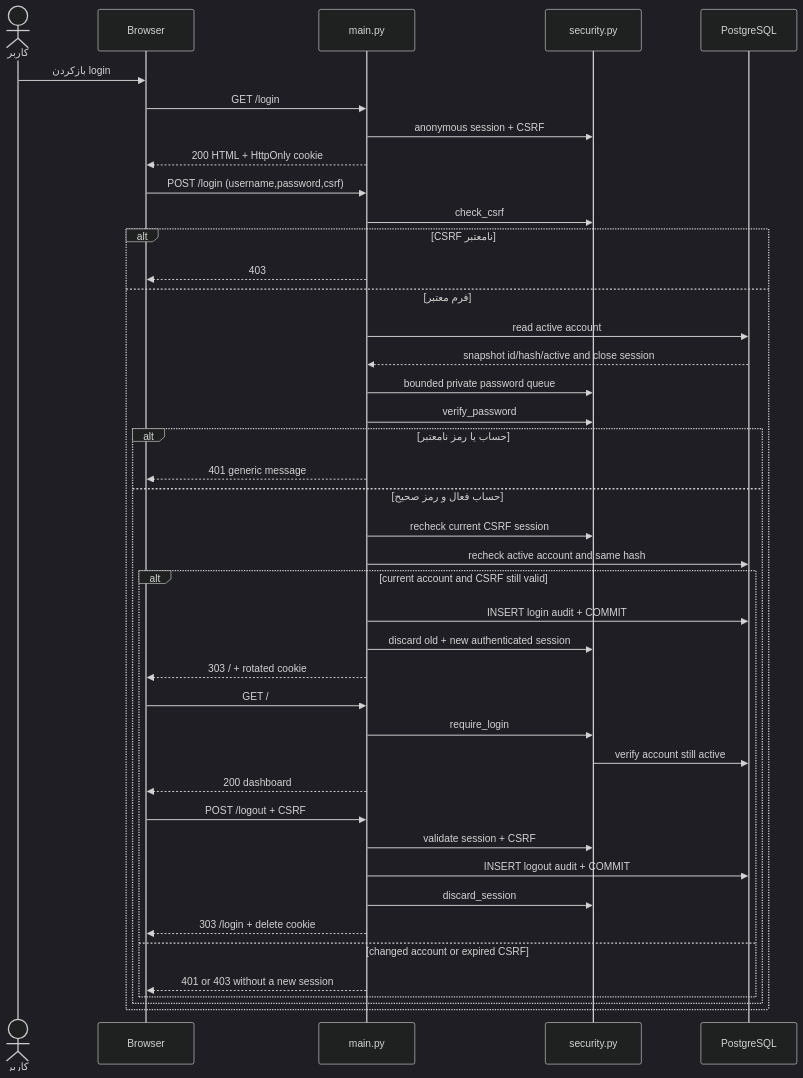
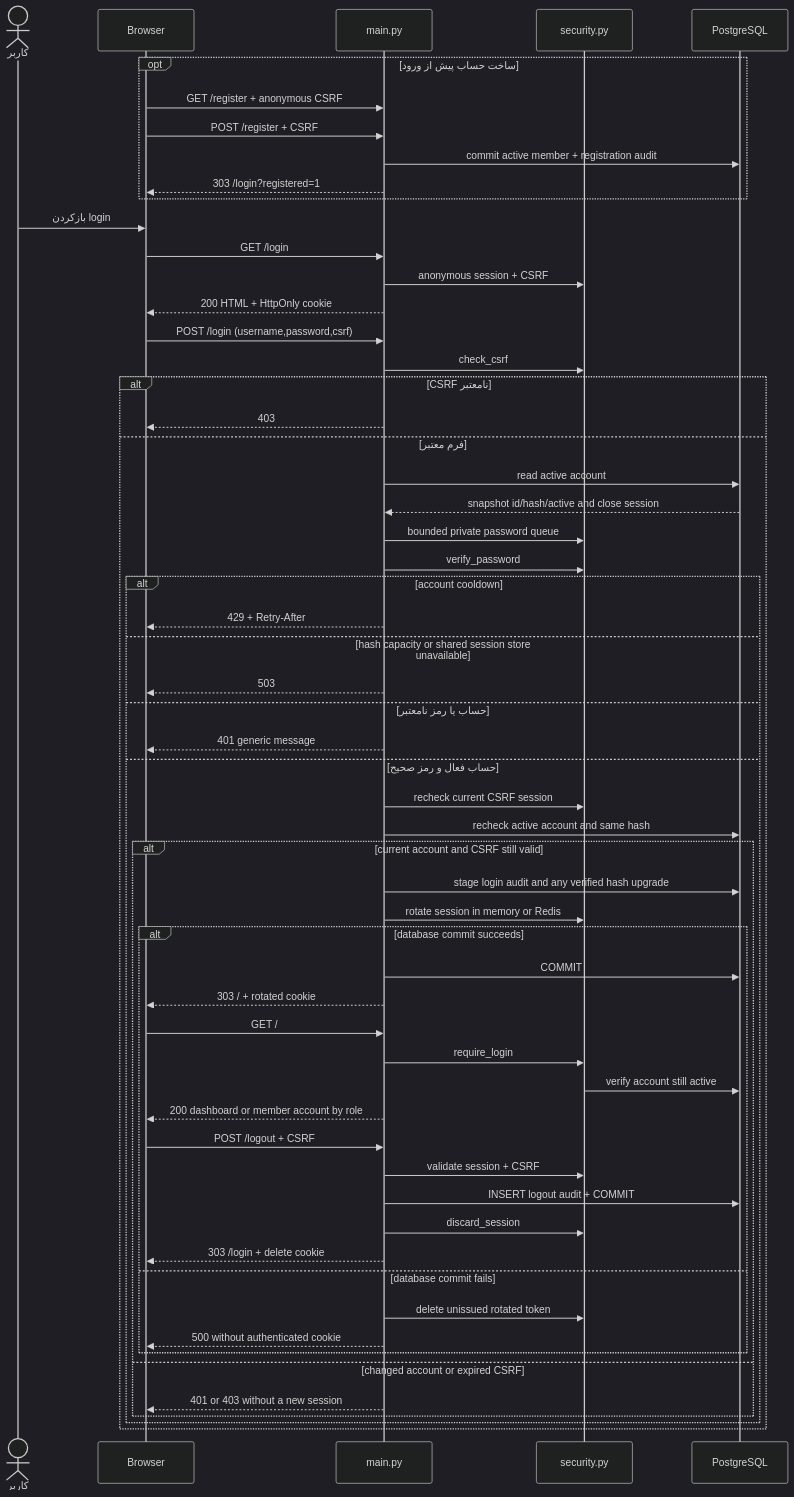
The diagram in models/sequences/UC-01.mmd (MahdySayyar/hrms-project), drawn with Mermaid (dark theme) before and after one commit. The commit also changed 3 other files, not shown here.

Commit message:
Align HRMS role and session models with current flows

```diff
--- a/models/sequences/UC-01.mmd
+++ b/models/sequences/UC-01.mmd
@@ -1,43 +1,59 @@
 %% SEQ-01 — Authenticate and logout sequence
 sequenceDiagram
     actor User as کاربر
     participant Browser
     participant Route as main.py
     participant Security as security.py
     participant DB as PostgreSQL
+    opt ساخت حساب پیش از ورود
+      Browser->>Route: GET /register + anonymous CSRF
+      Browser->>Route: POST /register + CSRF
+      Route->>DB: commit active member + registration audit
+      Route-->>Browser: 303 /login?registered=1
+    end
     User->>Browser: بازکردن login
     Browser->>Route: GET /login
     Route->>Security: anonymous session + CSRF
     Route-->>Browser: 200 HTML + HttpOnly cookie
     Browser->>Route: POST /login (username,password,csrf)
     Route->>Security: check_csrf
     alt CSRF نامعتبر
       Route-->>Browser: 403
     else فرم معتبر
       Route->>DB: read active account
       DB-->>Route: snapshot id/hash/active and close session
       Route->>Security: bounded private password queue
       Route->>Security: verify_password
-      alt حساب یا رمز نامعتبر
+      alt account cooldown
+        Route-->>Browser: 429 + Retry-After
+      else hash capacity or shared session store unavailable
+        Route-->>Browser: 503
+      else حساب یا رمز نامعتبر
         Route-->>Browser: 401 generic message
       else حساب فعال و رمز صحیح
         Route->>Security: recheck current CSRF session
         Route->>DB: recheck active account and same hash
         alt current account and CSRF still valid
-        Route->>DB: INSERT login audit + COMMIT
-        Route->>Security: discard old + new authenticated session
+        Route->>DB: stage login audit and any verified hash upgrade
+        Route->>Security: rotate session in memory or Redis
+        alt database commit succeeds
+        Route->>DB: COMMIT
         Route-->>Browser: 303 / + rotated cookie
         Browser->>Route: GET /
         Route->>Security: require_login
         Security->>DB: verify account still active
-        Route-->>Browser: 200 dashboard
+        Route-->>Browser: 200 dashboard or member account by role
         Browser->>Route: POST /logout + CSRF
         Route->>Security: validate session + CSRF
         Route->>DB: INSERT logout audit + COMMIT
         Route->>Security: discard_session
         Route-->>Browser: 303 /login + delete cookie
+        else database commit fails
+          Route->>Security: delete unissued rotated token
+          Route-->>Browser: 500 without authenticated cookie
+        end
         else changed account or expired CSRF
           Route-->>Browser: 401 or 403 without a new session
         end
       end
     end
```
